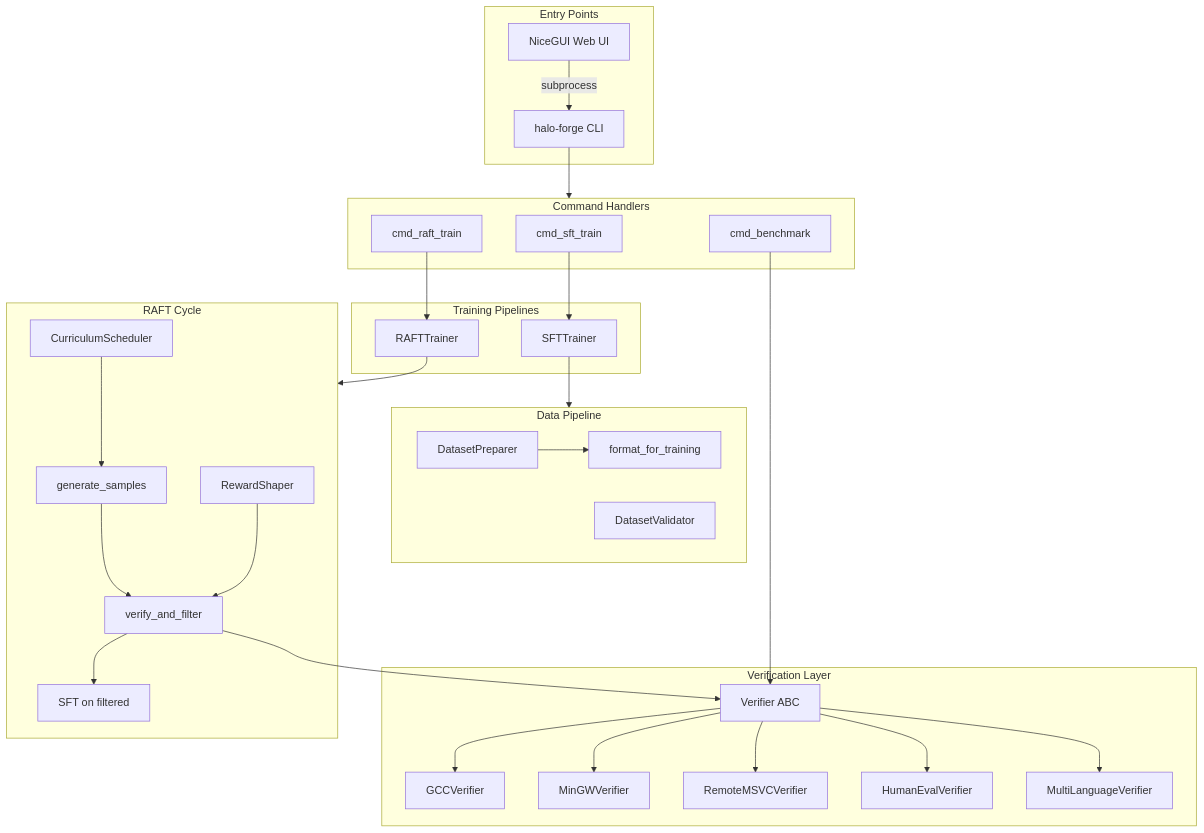
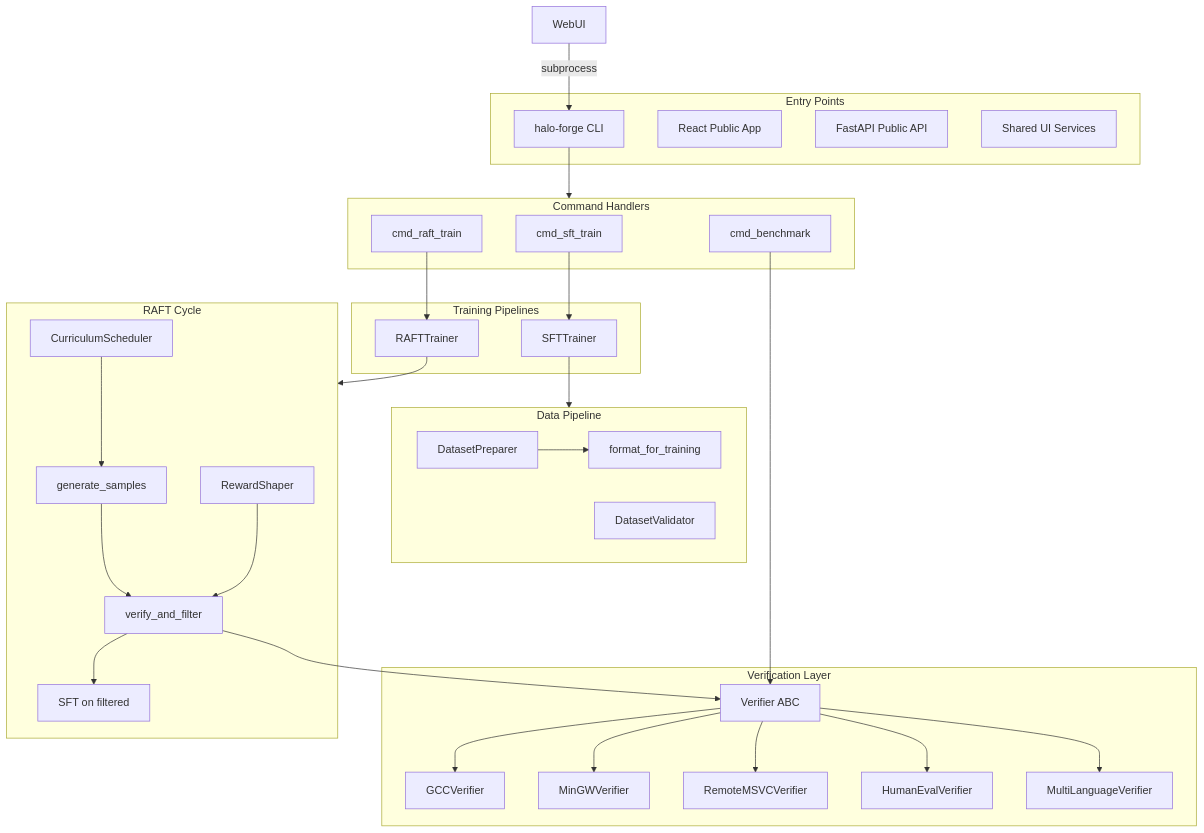
One commit to professor-moody/halo-forge changed the first of 2 diagrams in docs/ARCHITECTURE.md. Above: the diagram before and after it, drawn with Mermaid. The commit also changed other lines of this file and 21 other files, not shown here.

````diff
--- a/docs/ARCHITECTURE.md
+++ b/docs/ARCHITECTURE.md
@@ -19,64 +19,66 @@
 ```mermaid
 flowchart TB
     subgraph entrypoint [Entry Points]
         CLI["halo-forge CLI"]
-        WebUI["NiceGUI Web UI"]
+        PublicApp["React Public App"]
+        PublicAPI["FastAPI Public API"]
+        Services["Shared UI Services"]
     end
     
     subgraph commands [Command Handlers]
         SFTCmd["cmd_sft_train"]
         RAFTCmd["cmd_raft_train"]
         BenchCmd["cmd_benchmark"]
     end
     
     subgraph training [Training Pipelines]
         SFTTrainer["SFTTrainer"]
         RAFTTrainer["RAFTTrainer"]
     end
     
     subgraph verification [Verification Layer]
         VerifierBase["Verifier ABC"]
         GCC["GCCVerifier"]
         MinGW["MinGWVerifier"]
         MSVC["RemoteMSVCVerifier"]
         HumanEval["HumanEvalVerifier"]
         Multi["MultiLanguageVerifier"]
     end
     
     subgraph data [Data Pipeline]
         Formatter["format_for_training"]
         PublicDS["DatasetPreparer"]
         Validator["DatasetValidator"]
     end
     
     subgraph raft_internals [RAFT Cycle]
         Generate["generate_samples"]
         Verify["verify_and_filter"]
         Train["SFT on filtered"]
         Curriculum["CurriculumScheduler"]
         Shaping["RewardShaper"]
     end
     
     CLI --> commands
     WebUI -->|subprocess| CLI
     
     SFTCmd --> SFTTrainer
     RAFTCmd --> RAFTTrainer
     BenchCmd --> VerifierBase
     
     RAFTTrainer --> raft_internals
     Generate --> Verify
     Verify --> VerifierBase
     Verify --> Train
     Curriculum --> Generate
     Shaping --> Verify
     
     VerifierBase --> GCC
     VerifierBase --> MinGW
     VerifierBase --> MSVC
     VerifierBase --> HumanEval
     VerifierBase --> Multi
     
     SFTTrainer --> data
     PublicDS --> Formatter
 ```
````
